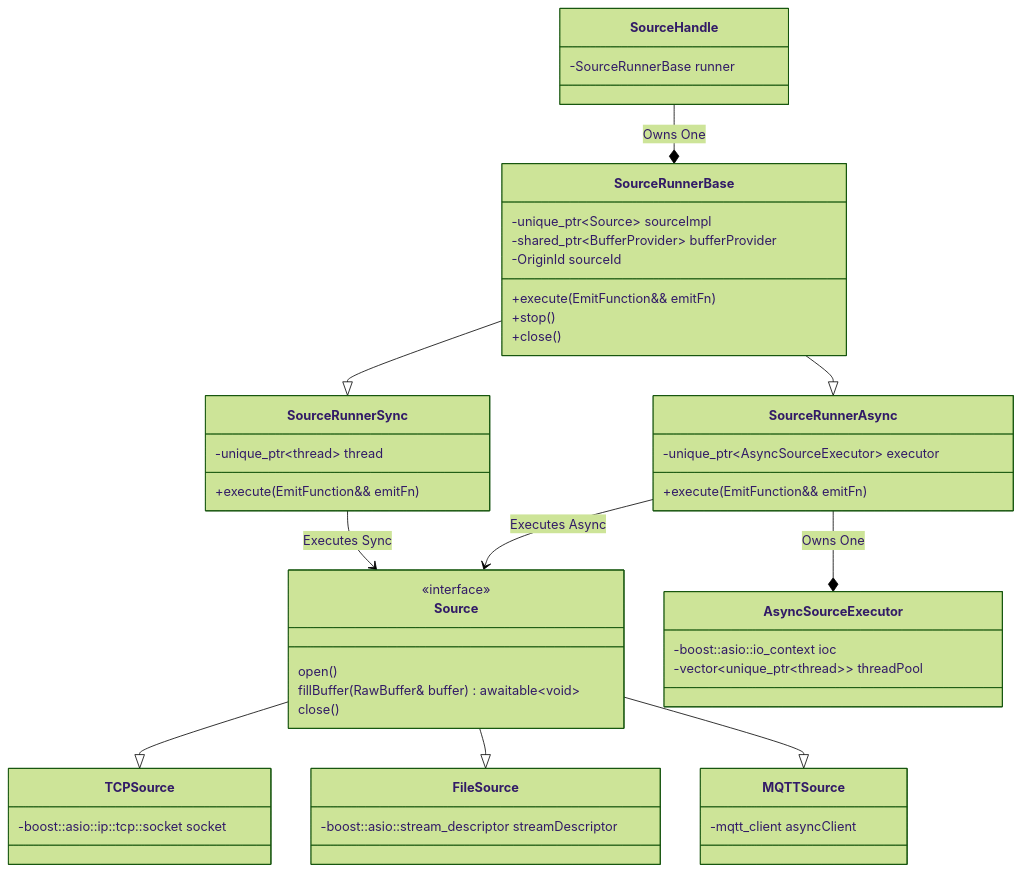
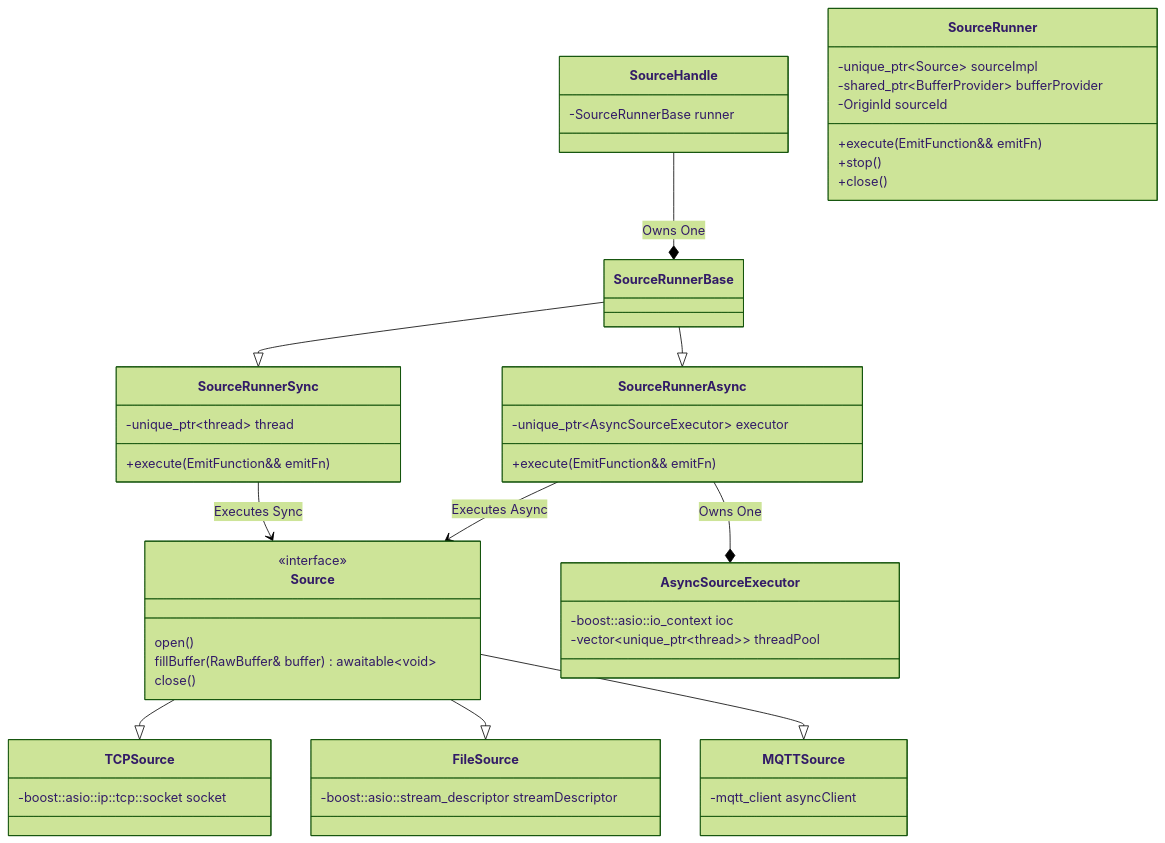
The second of 2 diagrams in docs/design/20241011_source_redesign.md (nebulastream/nebulastream), drawn with Mermaid (forest theme) before and after one commit. The commit also changed other lines of this file, not shown here.

````diff
--- a/docs/design/20241011_source_redesign.md
+++ b/docs/design/20241011_source_redesign.md
@@ -192,60 +234,60 @@
 ```mermaid
 classDiagram
     SourceHandle --* SourceRunnerBase: Owns One
     SourceRunnerBase --|> SourceRunnerSync
     SourceRunnerBase --|> SourceRunnerAsync
     SourceRunnerAsync --> Source: Executes Async
     SourceRunnerSync --> Source: Executes Sync
     SourceRunnerAsync --* AsyncSourceExecutor: Owns One
     Source --|> TCPSource
     Source --|> FileSource
     Source --|> MQTTSource
 
     class Source
     <<interface>> Source
     Source: open()
     Source: fillBuffer(RawBuffer& buffer) awaitable~void~
     Source: close()
     
 
     class TCPSource {
         -boost::asio::ip::tcp::socket socket
     }
 
     class FileSource {
         -boost::asio::stream_descriptor streamDescriptor
     }
 
     class MQTTSource {
         -mqtt_client asyncClient
     }
 
     class SourceHandle {
       -SourceRunnerBase runner
     }
 
-    class SourceRunnerBase {
+    class SourceRunner {
         -unique_ptr~Source~ sourceImpl
         -shared_ptr~BufferProvider~ bufferProvider
         -OriginId sourceId
         +execute(EmitFunction&& emitFn)
         +stop()
         +close()
     }
 
     class SourceRunnerSync {
         -unique_ptr~thread~ thread
         +execute(EmitFunction&& emitFn)
     }
 
     class SourceRunnerAsync {
         -unique_ptr~AsyncSourceExecutor~ executor
         +execute(EmitFunction&& emitFn)
     }
 
     class AsyncSourceExecutor {
         -boost::asio::io_context ioc
         -vector~unique_ptr~thread~~ threadPool
     }
 
 ```
````
